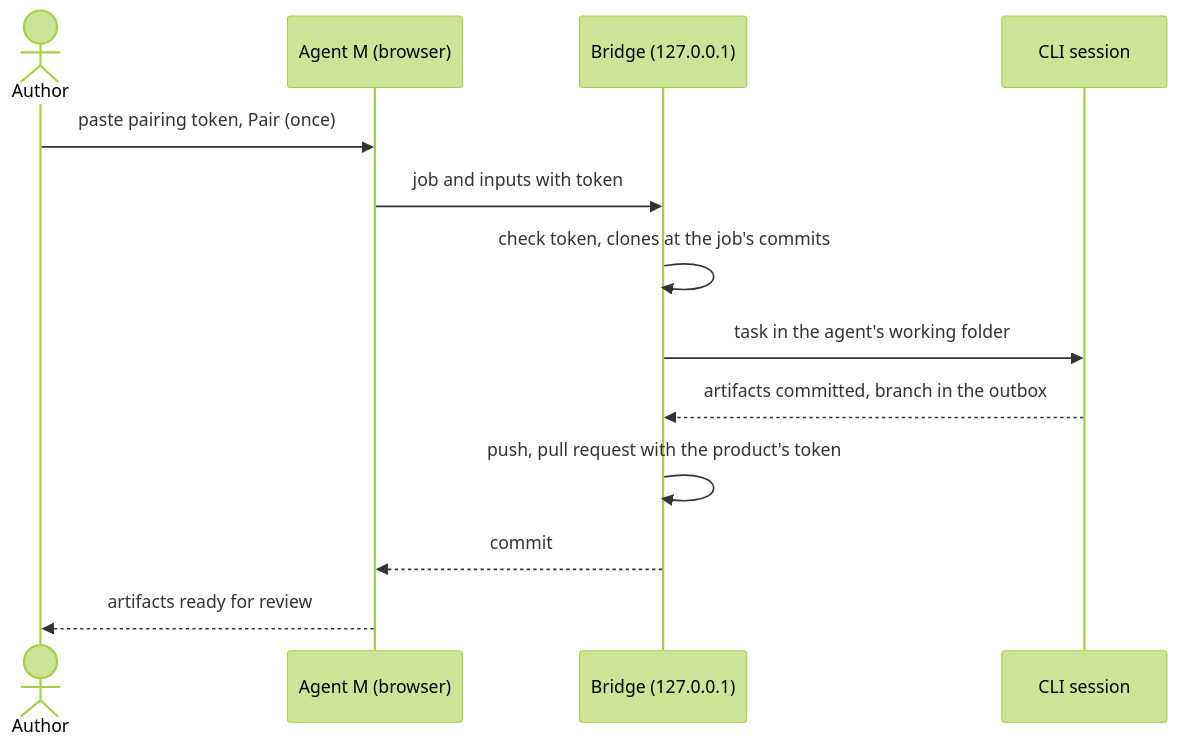
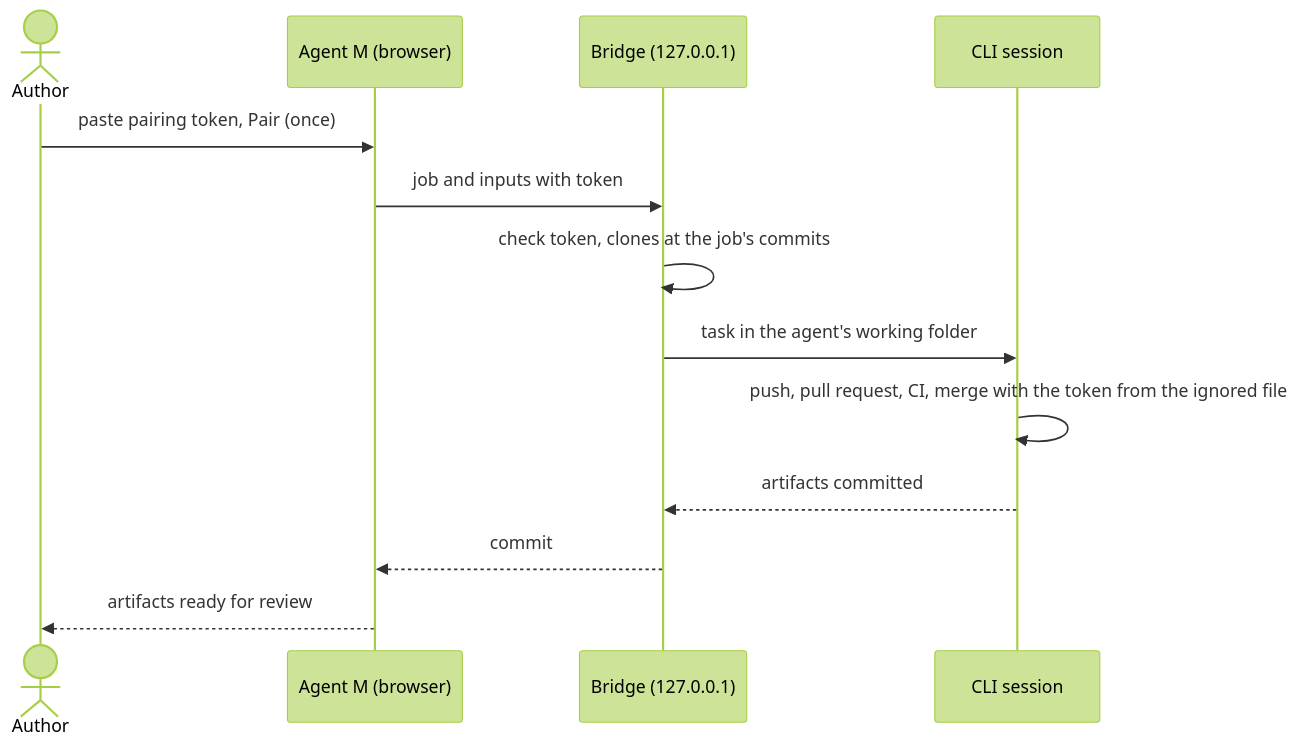
One commit to akmaier/agent-m changed the diagram in docs/use-cases/UC-011-hand-a-job-to-a-local-cli-session.md. Above: the diagram before and after it, drawn with Mermaid (forest theme). The commit also changed other lines of this file and 4 other files, not shown here.

````diff
--- a/docs/use-cases/UC-011-hand-a-job-to-a-local-cli-session.md
+++ b/docs/use-cases/UC-011-hand-a-job-to-a-local-cli-session.md
@@ -70,15 +74,15 @@
 ```mermaid
 sequenceDiagram
     actor A as Author
     participant M as Agent M (browser)
     participant B as Bridge (127.0.0.1)
     participant C as CLI session
     A->>M: paste pairing token, Pair (once)
     M->>B: job and inputs with token
     B->>B: check token, clones at the job's commits
     B->>C: task in the agent's working folder
-    C-->>B: artifacts committed, branch in the outbox
-    B->>B: push, pull request with the product's token
+    C->>C: push, pull request, CI, merge with the token from the ignored file
+    C-->>B: artifacts committed
     B-->>M: commit
     M-->>A: artifacts ready for review
 ```
````
